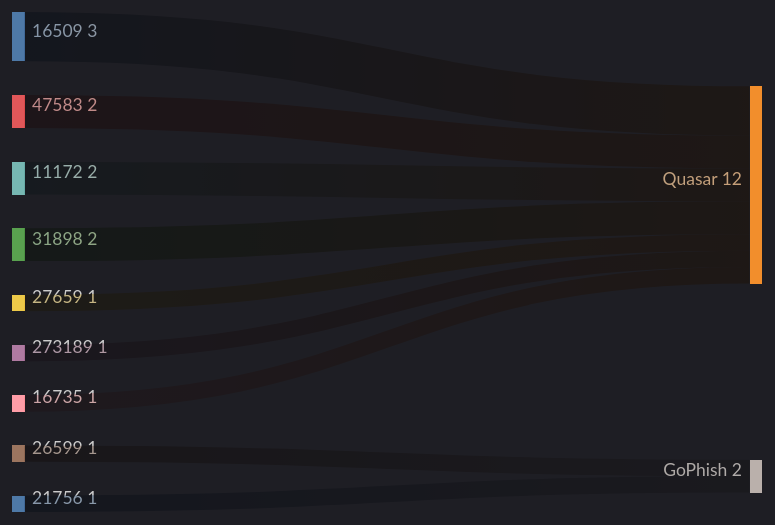
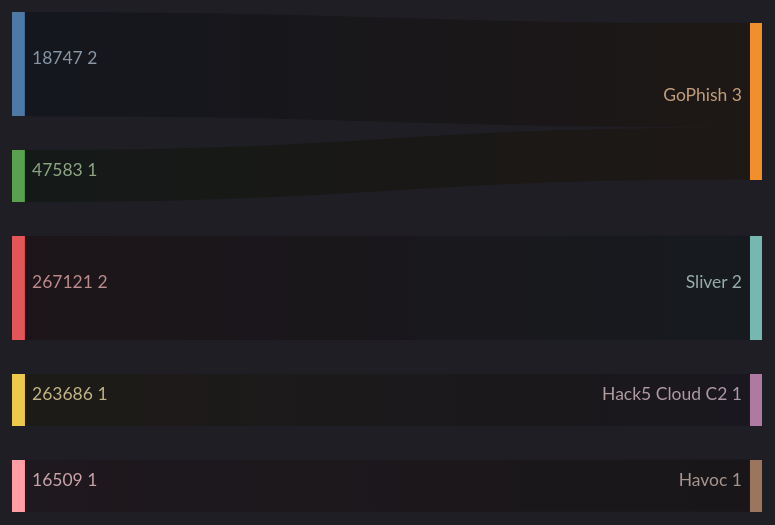
The eighth of 8 diagrams in zolim.md (ZoqueLabs/website), drawn with Mermaid before and after one commit. The commit also changed other lines of this file, not shown here.

````diff
--- a/zolim.md
+++ b/zolim.md
@@ -234,17 +233,13 @@
 ```mermaid
 ---
 config:
   theme: dark
 ---
 %% Δ ASN → Threat (new edges)
 sankey-beta
-  16509,Quasar,3
-  47583,Quasar,2
-  11172,Quasar,2
-  31898,Quasar,2
-  27659,Quasar,1
-  273189,Quasar,1
-  16735,Quasar,1
-  26599,GoPhish,1
-  21756,GoPhish,1
+  18747,GoPhish,2
+  267121,Sliver,2
+  47583,GoPhish,1
+  263686,Hack5 Cloud C2,1
+  16509,Havoc,1
 ```
````
